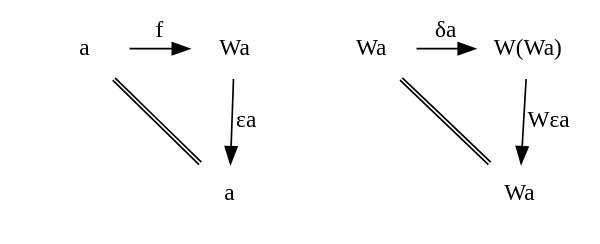
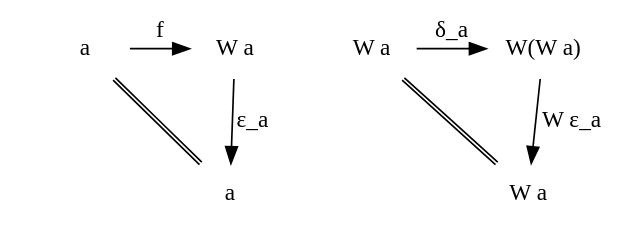
The diagram in chapter25-challenge2-triangular-identities.dot (evenbrenden/ct4p-challenges), drawn with Graphviz before and after one commit. The commit also changed 25 other files, not shown here.

```diff
--- a/chapter25-challenge2-triangular-identities.dot
+++ b/chapter25-challenge2-triangular-identities.dot
@@ -1,27 +1,27 @@
 digraph {
   node [shape=plaintext]
 
   aL2 [label="a"]
   aR2 [label="a"]
-  Wa2 [label="Wa"]
+  Wa2 [label="W a"]
   dummy2 [style=invis]
 
   { rank=same aL2 Wa2 }
 
   aL2 -> Wa2 [label="f"]
-  Wa2 -> aR2 [label="εa"]
+  Wa2 -> aR2 [label="ε_a"]
   aL2 -> aR2 [label="" color="black:black" arrowhead=none]
   aL2 -> dummy2 [style=invis]
 
-  WaL1 [label="Wa"]
-  WaR1 [label="Wa"]
-  WWa1 [label="W(Wa)"]
+  WaL1 [label="W a"]
+  WaR1 [label="W a"]
+  WWa1 [label="W(W a)"]
   dummy1 [style=invis]
 
   { rank=same WaL1 WWa1 }
 
-  WaL1 -> WWa1 [label="δa"]
-  WWa1 -> WaR1 [label="Wεa"]
+  WaL1 -> WWa1 [label="δ_a"]
+  WWa1 -> WaR1 [label="W ε_a"]
   WaL1 -> WaR1 [label="" color="black:black" arrowhead=none]
   WaL1 -> dummy1 [style=invis]
 }
```
